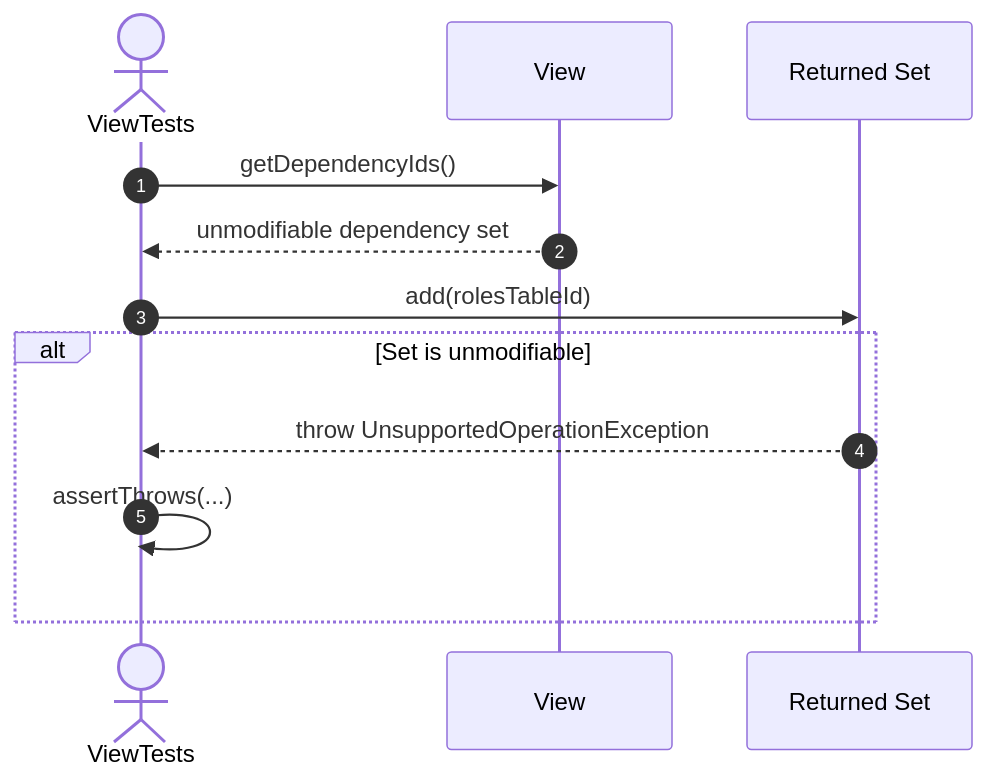
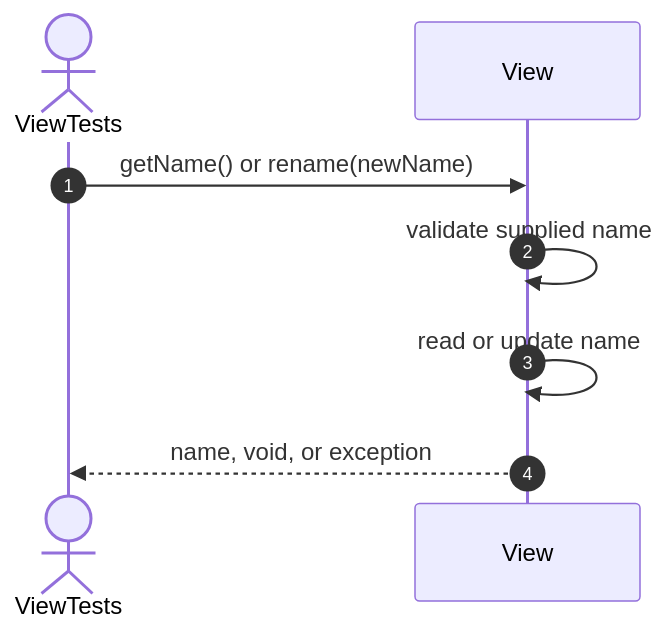
Diagram 13 of 48 in src/tests/unit/metadata/docs/view-testing.se.md (FhuAnn/-bbv-AN-s-DBMS), drawn with Mermaid before and after one commit. The commit also changed other lines of this file and 7 other files, not shown here.

Commit message:
update detail testing process up to now in readme, update constraint testing sequences

````diff
--- a/src/tests/unit/metadata/docs/view-testing.se.md
+++ b/src/tests/unit/metadata/docs/view-testing.se.md
@@ -220,16 +174,10 @@
 ```mermaid
 sequenceDiagram
     autonumber
     actor Test as ViewTests
     participant View as View
-    participant Dependencies as Returned Set
-
-    Test->>View: getDependencyIds()
-    View-->>Test: unmodifiable dependency set
-
-    Test->>Dependencies: add(rolesTableId)
-    alt Set is unmodifiable
-        Dependencies-->>Test: throw UnsupportedOperationException
-        Test->>Test: assertThrows(...)
-    end
+    Test->>View: getName() or rename(newName)
+    View->>View: validate supplied name
+    View->>View: read or update name
+    View-->>Test: name, void, or exception
 ```
````
